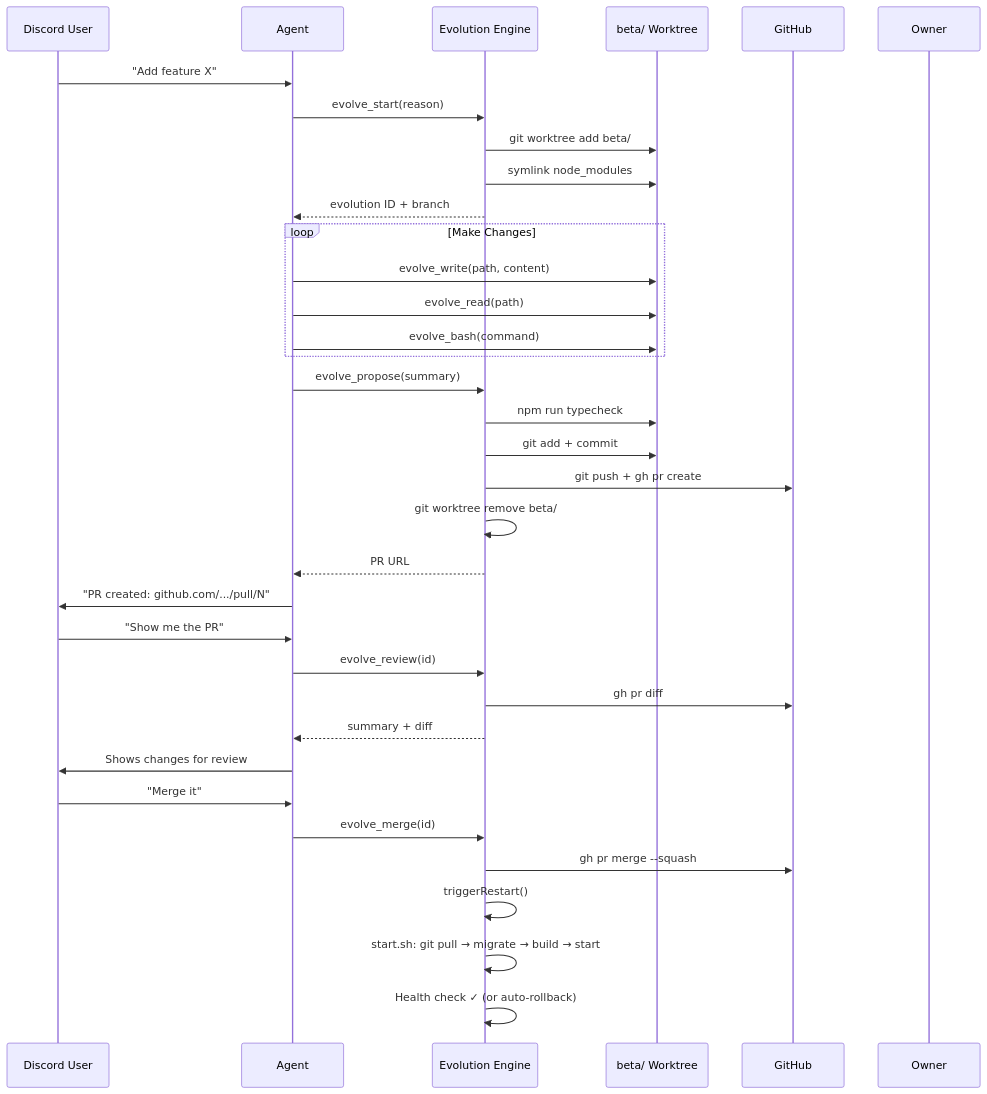
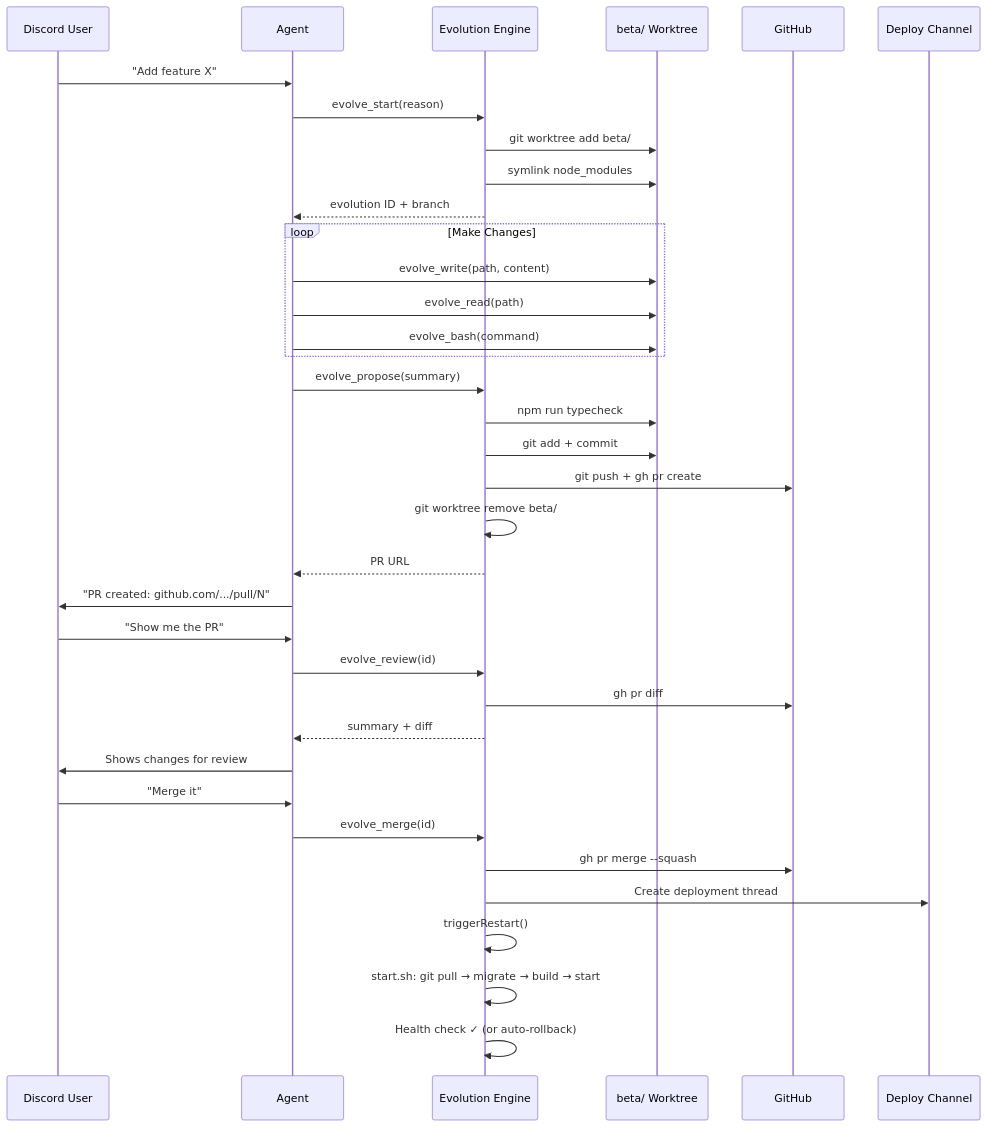
Before and after one commit to NaichuanZhang/discord-claw: the fifth of 5 diagrams in README.md, drawn with Mermaid. The commit also changed other lines of this file and 1 other file, not shown here.

````diff
--- a/README.md
+++ b/README.md
@@ -406,43 +427,44 @@
 ```mermaid
 sequenceDiagram
     participant U as Discord User
     participant A as Agent
     participant E as Evolution Engine
     participant W as beta/ Worktree
     participant GH as GitHub
-    participant O as Owner
+    participant DC as Deploy Channel
 
     U->>A: "Add feature X"
     A->>E: evolve_start(reason)
     E->>W: git worktree add beta/
     E->>W: symlink node_modules
     E-->>A: evolution ID + branch
 
     loop Make Changes
         A->>W: evolve_write(path, content)
         A->>W: evolve_read(path)
         A->>W: evolve_bash(command)
     end
 
     A->>E: evolve_propose(summary)
     E->>W: npm run typecheck
     E->>W: git add + commit
     E->>GH: git push + gh pr create
     E->>E: git worktree remove beta/
     E-->>A: PR URL
 
     A->>U: "PR created: github.com/.../pull/N"
 
     U->>A: "Show me the PR"
     A->>E: evolve_review(id)
     E->>GH: gh pr diff
     E-->>A: summary + diff
     A->>U: Shows changes for review
 
     U->>A: "Merge it"
     A->>E: evolve_merge(id)
     E->>GH: gh pr merge --squash
+    E->>DC: Create deployment thread
     E->>E: triggerRestart()
     E->>E: start.sh: git pull → migrate → build → start
     E->>E: Health check ✓ (or auto-rollback)
 ```
````
